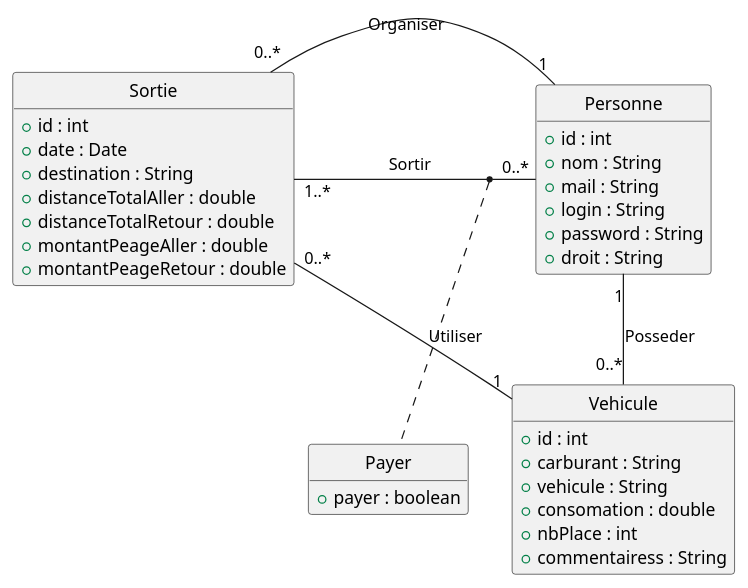
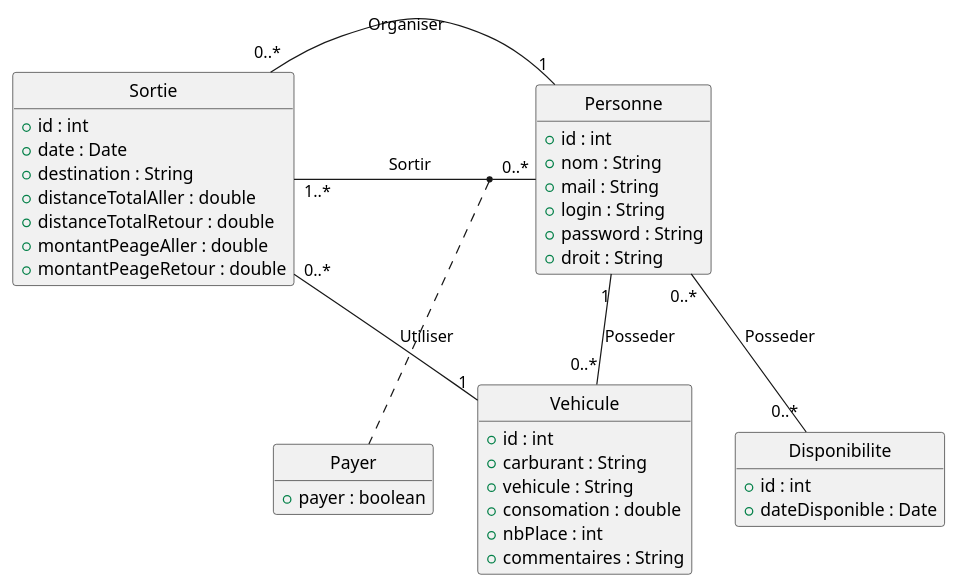
One commit to BanProg23/apsio-uml changed the diagram in src/DC-travel.puml. Above: the diagram before and after it, drawn with PlantUML. The commit also changed 6 other files, not shown here.

```diff
--- a/src/DC-travel.puml
+++ b/src/DC-travel.puml
@@ -1,49 +1,55 @@
 @startuml
 	
 	hide circles
 	hide methods
 	
 	class Sortie {
 		+ id : int
 		+ date : Date
 		+ destination : String
 		+ distanceTotalAller : double
 		+ distanceTotalRetour : double
 		+ montantPeageAller : double
 		+ montantPeageRetour : double			
 	}
 	
 	class Vehicule {
 		+ id : int
 		+ carburant : String
 		+ vehicule : String
 		+ consomation : double
 		+ nbPlace : int
-		+ commentairess : String
+		+ commentaires : String
 	}
 	
 	class Personne {
 		+ id : int
 		+ nom : String
 		+ mail : String
 		+ login : String
 		+ password : String
 		+ droit : String
 	}
 	
 	class Payer {
-		+payer : boolean
+		+ payer : boolean
+	}
+	
+	class Disponibilite {
+		+ id : int
+		+ dateDisponible : Date 
 	}
 	
 	
 	
 	Sortie "0..*"--"1" Vehicule : Utiliser
 	Sortie "0..*"-l-"1..*" Personne : "                 Sortir        "
 	(Personne, Sortie) .. Payer
 	
 	Personne "1"-r-"0..*" Sortie : "      Organiser          "
 	Personne "1"--"0..*" Vehicule : "Posseder"
+	Personne "0..*"--"0..*" Disponibilite : Posseder
 	
 	
 	
 @enduml
```
